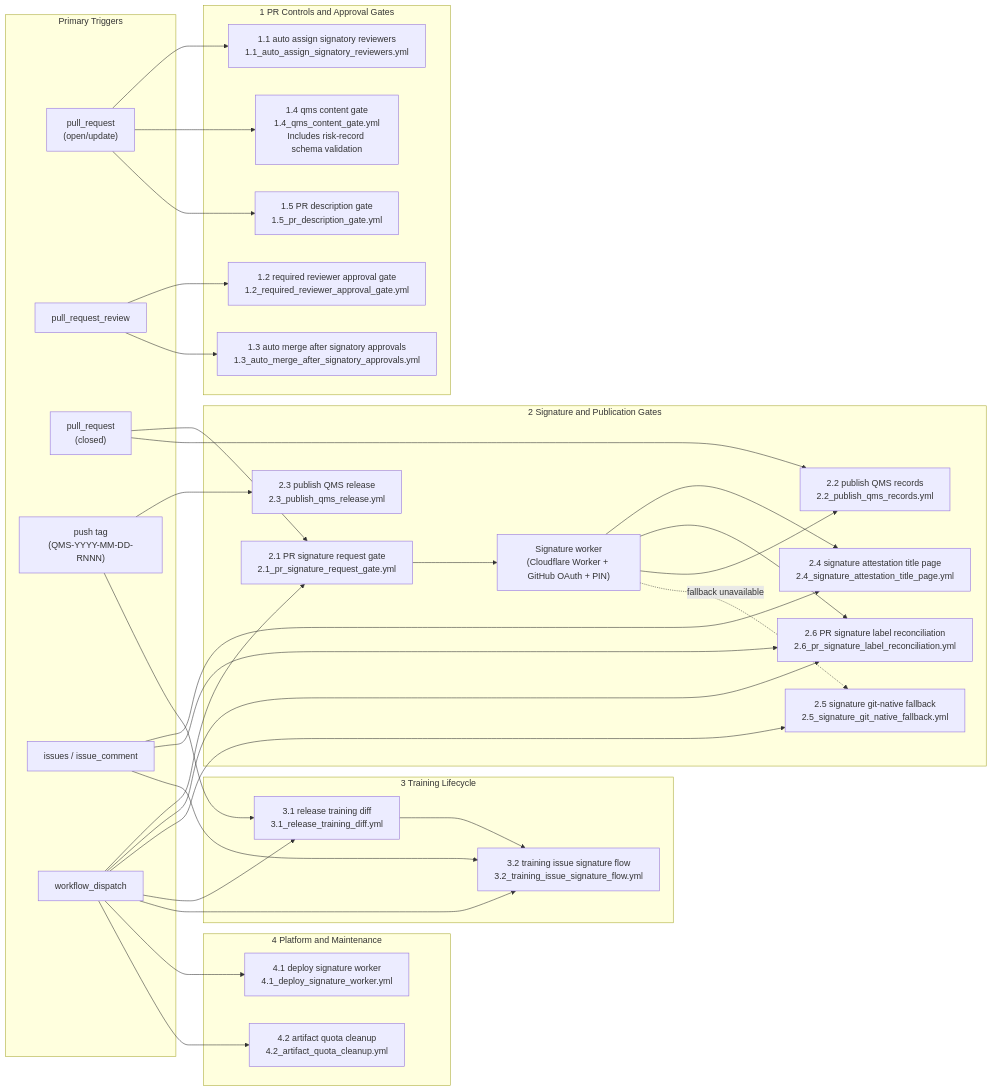
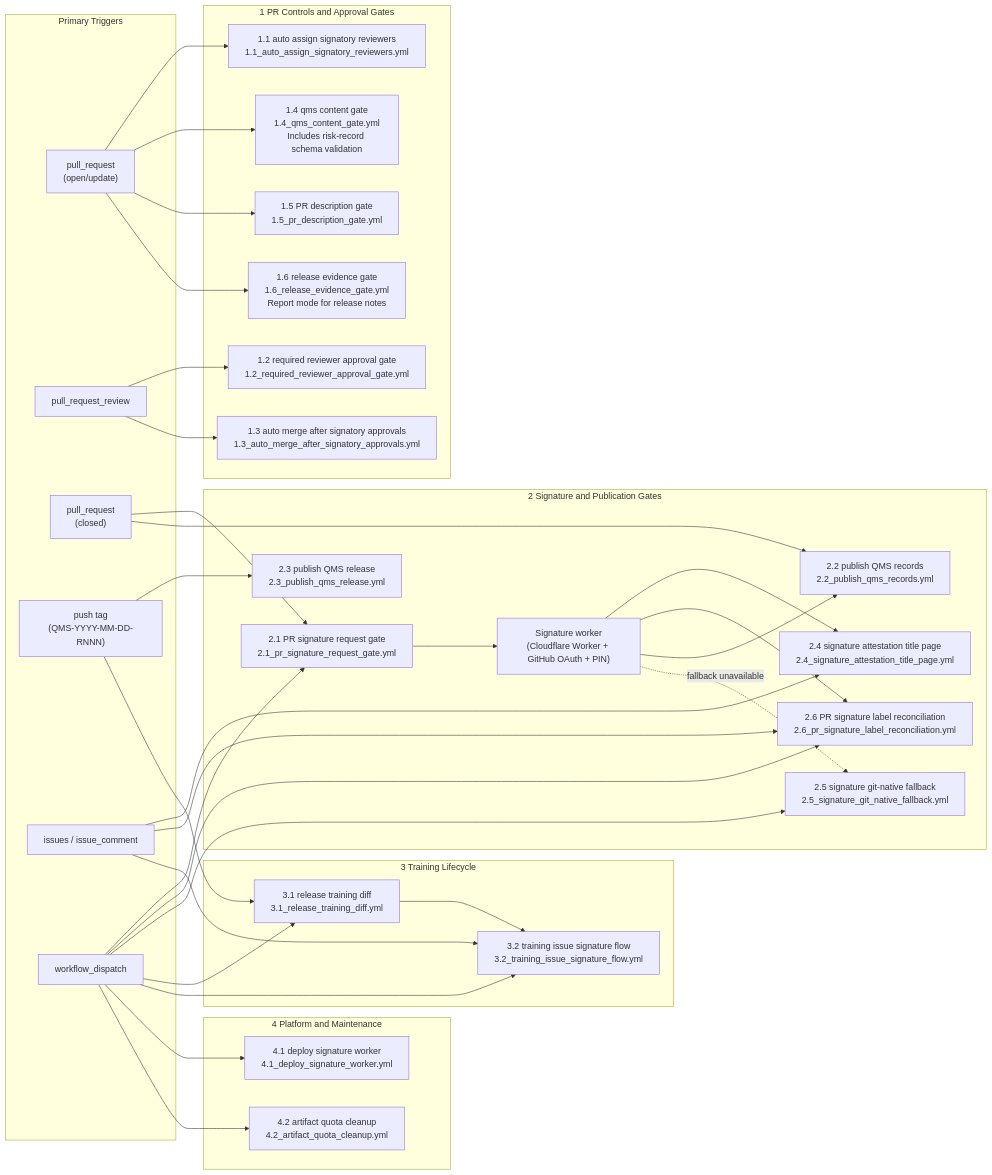
Before and after one commit to AliakseiT/dearauditor-qms-baseline: the diagram in docs/architecture/README.md, drawn with Mermaid. The commit also changed other lines of this file and 2 other files, not shown here.

Commit message:
Add release evidence report gate (#317)

````diff
--- a/docs/architecture/README.md
+++ b/docs/architecture/README.md
@@ -57,66 +57,68 @@
 ```mermaid
 flowchart LR
   subgraph triggers["Primary Triggers"]
     pr_open["pull_request<br/>(open/update)"]
     pr_review["pull_request_review"]
     pr_closed["pull_request<br/>(closed)"]
     qms_tag["push tag<br/>(QMS-YYYY-MM-DD-RNNN)"]
     issue_events["issues / issue_comment"]
     manual["workflow_dispatch"]
   end
 
   subgraph pr_controls["1 PR Controls and Approval Gates"]
     w11["1.1 auto assign signatory reviewers<br/>1.1_auto_assign_signatory_reviewers.yml"]
     w12["1.2 required reviewer approval gate<br/>1.2_required_reviewer_approval_gate.yml"]
     w13["1.3 auto merge after signatory approvals<br/>1.3_auto_merge_after_signatory_approvals.yml"]
     w14["1.4 qms content gate<br/>1.4_qms_content_gate.yml<br/>Includes risk-record schema validation"]
     w15["1.5 PR description gate<br/>1.5_pr_description_gate.yml"]
+    w16["1.6 release evidence gate<br/>1.6_release_evidence_gate.yml<br/>Report mode for release notes"]
   end
 
   subgraph signature_pub["2 Signature and Publication Gates"]
     w21["2.1 PR signature request gate<br/>2.1_pr_signature_request_gate.yml"]
     w26["2.6 PR signature label reconciliation<br/>2.6_pr_signature_label_reconciliation.yml"]
     signer_ui["Signature worker<br/>(Cloudflare Worker + GitHub OAuth + PIN)"]
     w24["2.4 signature attestation title page<br/>2.4_signature_attestation_title_page.yml"]
     w22["2.2 publish QMS records<br/>2.2_publish_qms_records.yml"]
     w23["2.3 publish QMS release<br/>2.3_publish_qms_release.yml"]
     w25["2.5 signature git-native fallback<br/>2.5_signature_git_native_fallback.yml"]
   end
 
   subgraph training["3 Training Lifecycle"]
     w31["3.1 release training diff<br/>3.1_release_training_diff.yml"]
     w32["3.2 training issue signature flow<br/>3.2_training_issue_signature_flow.yml"]
   end
 
   subgraph platform["4 Platform and Maintenance"]
     w41["4.1 deploy signature worker<br/>4.1_deploy_signature_worker.yml"]
     w42["4.2 artifact quota cleanup<br/>4.2_artifact_quota_cleanup.yml"]
   end
 
   pr_open --> w11
   pr_open --> w14
   pr_open --> w15
+  pr_open --> w16
   pr_review --> w12
   pr_review --> w13
   pr_closed --> w21
   pr_closed --> w22
   qms_tag --> w23
   qms_tag --> w31
   issue_events --> w24
   issue_events --> w26
   issue_events --> w32
   manual --> w21
   manual --> w26
   manual --> w25
   manual --> w31
   manual --> w32
   manual --> w41
   manual --> w42
 
   w21 --> signer_ui
   signer_ui --> w24
   signer_ui --> w26
   signer_ui --> w22
   signer_ui -. fallback unavailable .-> w25
   w31 --> w32
 ```
````
